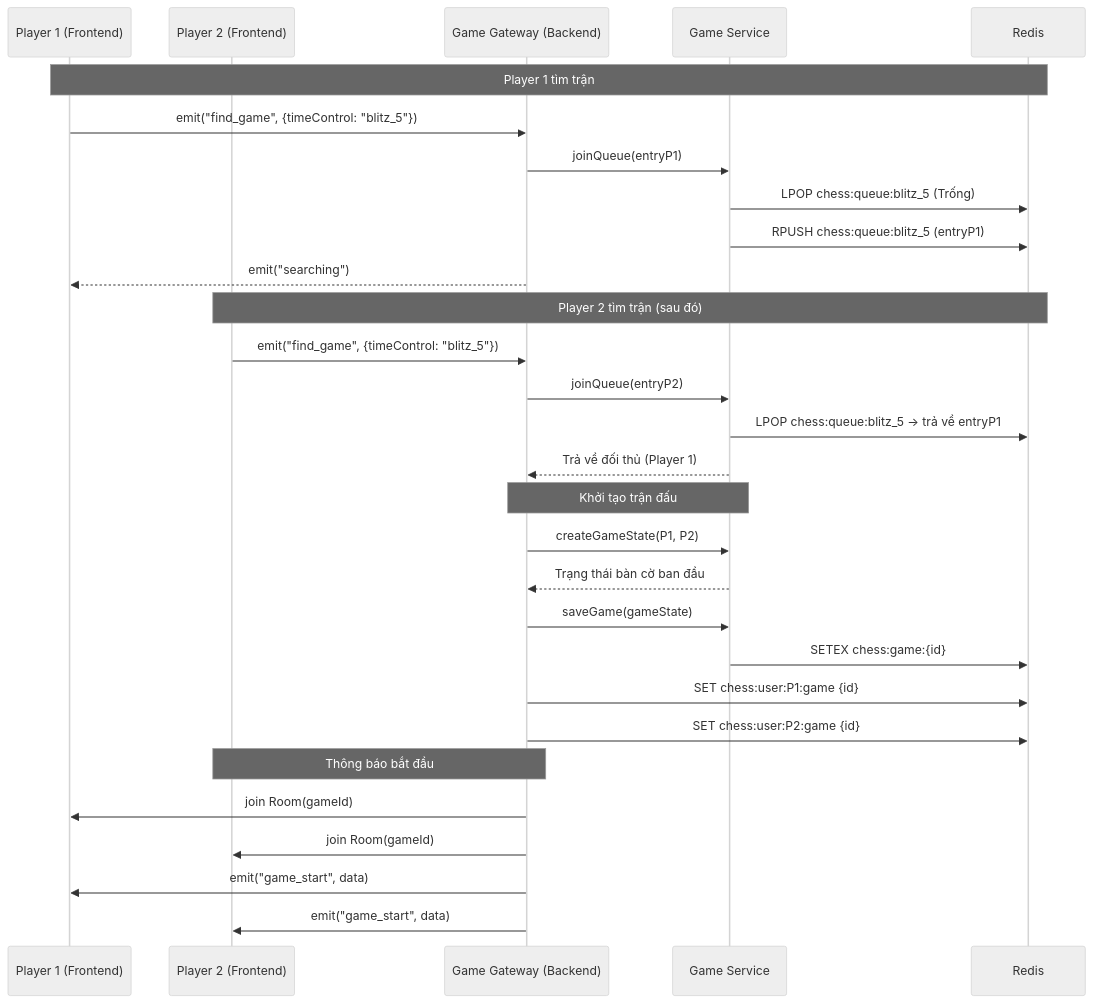
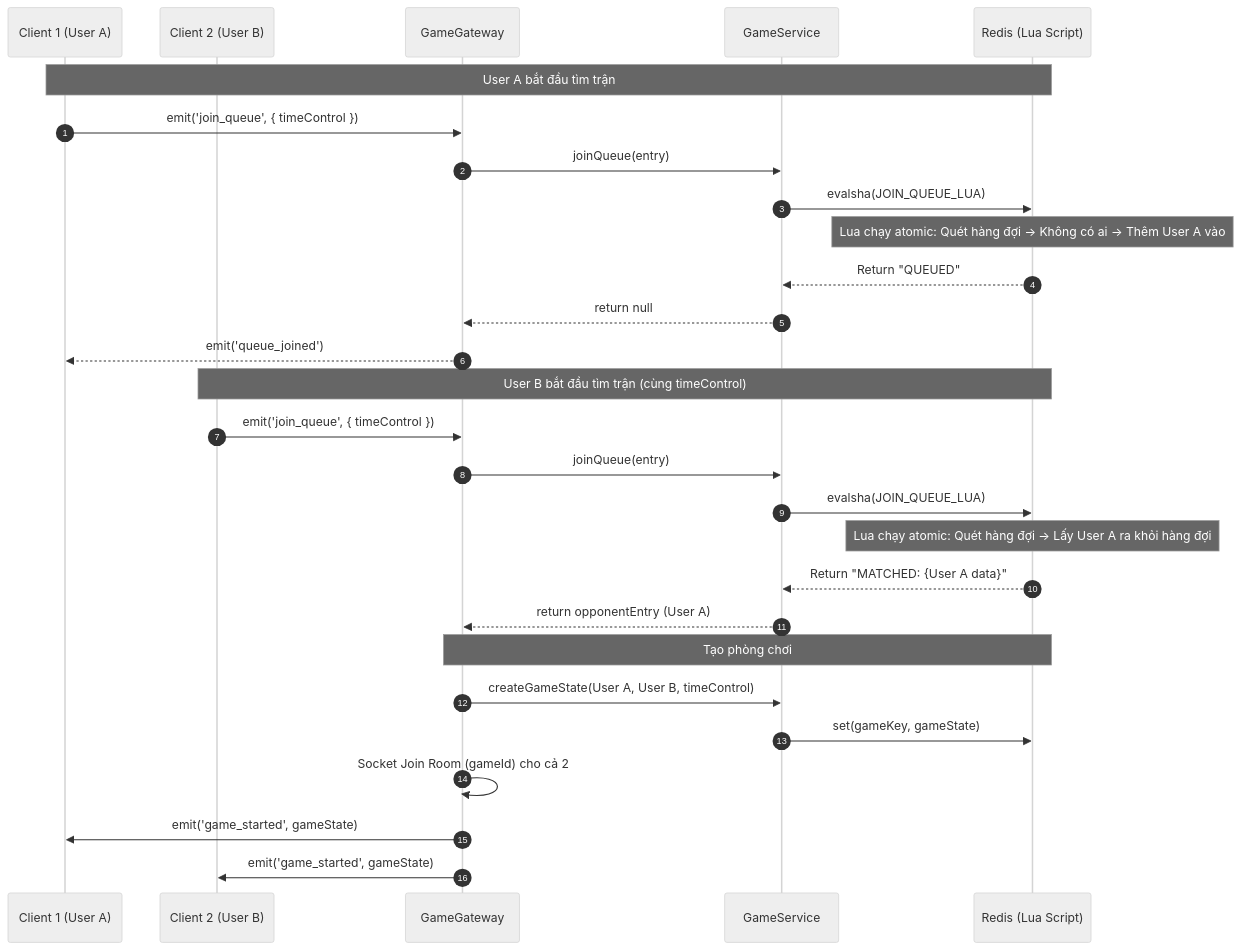
The first of 3 diagrams in README.md (legiabao0907/web-chess-real-time), drawn with Mermaid (neutral theme) before and after one commit. The commit also changed other lines of this file, not shown here.

````diff
--- a/README.md
+++ b/README.md
@@ -17,35 +7,33 @@
 ```mermaid
 sequenceDiagram
-    participant P1 as Player 1 (Frontend)
-    participant P2 as Player 2 (Frontend)
-    participant GW as Game Gateway (Backend)
-    participant GS as Game Service
-    participant R as Redis
+    autonumber
+    participant C1 as Client 1 (User A)
+    participant C2 as Client 2 (User B)
+    participant GW as GameGateway
+    participant Svc as GameService
+    participant Redis as Redis (Lua Script)
 
-    Note over P1, R: Player 1 tìm trận
-    P1->>GW: emit("find_game", {timeControl: "blitz_5"})
-    GW->>GS: joinQueue(entryP1)
-    GS->>R: LPOP chess:queue:blitz_5 (Trống)
-    GS->>R: RPUSH chess:queue:blitz_5 (entryP1)
-    GW-->>P1: emit("searching")
-
-    Note over P2, R: Player 2 tìm trận (sau đó)
-    P2->>GW: emit("find_game", {timeControl: "blitz_5"})
-    GW->>GS: joinQueue(entryP2)
-    GS->>R: LPOP chess:queue:blitz_5 -> trả về entryP1
-    GS-->>GW: Trả về đối thủ (Player 1)
+    Note over C1,Redis: User A bắt đầu tìm trận
+    C1->>GW: emit('join_queue', { timeControl })
+    GW->>Svc: joinQueue(entry)
+    Svc->>Redis: evalsha(JOIN_QUEUE_LUA)
+    Note over Redis: Lua chạy atomic: Quét hàng đợi → Không có ai → Thêm User A vào
+    Redis-->>Svc: Return "QUEUED"
+    Svc-->>GW: return null
+    GW-->>C1: emit('queue_joined')
     
-    Note over GW, GS: Khởi tạo trận đấu
-    GW->>GS: createGameState(P1, P2)
-    GS-->>GW: Trạng thái bàn cờ ban đầu
-    GW->>GS: saveGame(gameState)
-    GS->>R: SETEX chess:game:{id}
-    GW->>R: SET chess:user:P1:game {id}
-    GW->>R: SET chess:user:P2:game {id}
-
-    Note over GW, P2: Thông báo bắt đầu
-    GW->>P1: join Room(gameId)
-    GW->>P2: join Room(gameId)
-    GW->>P1: emit("game_start", data)
-    GW->>P2: emit("game_start", data)
+    Note over C2,Redis: User B bắt đầu tìm trận (cùng timeControl)
+    C2->>GW: emit('join_queue', { timeControl })
+    GW->>Svc: joinQueue(entry)
+    Svc->>Redis: evalsha(JOIN_QUEUE_LUA)
+    Note over Redis: Lua chạy atomic: Quét hàng đợi → Lấy User A ra khỏi hàng đợi
+    Redis-->>Svc: Return "MATCHED: {User A data}"
+    Svc-->>GW: return opponentEntry (User A)
+    
+    Note over GW,Redis: Tạo phòng chơi
+    GW->>Svc: createGameState(User A, User B, timeControl)
+    Svc->>Redis: set(gameKey, gameState)
+    GW->>GW: Socket Join Room (gameId) cho cả 2
+    GW->>C1: emit('game_started', gameState)
+    GW->>C2: emit('game_started', gameState)
 ```
````
